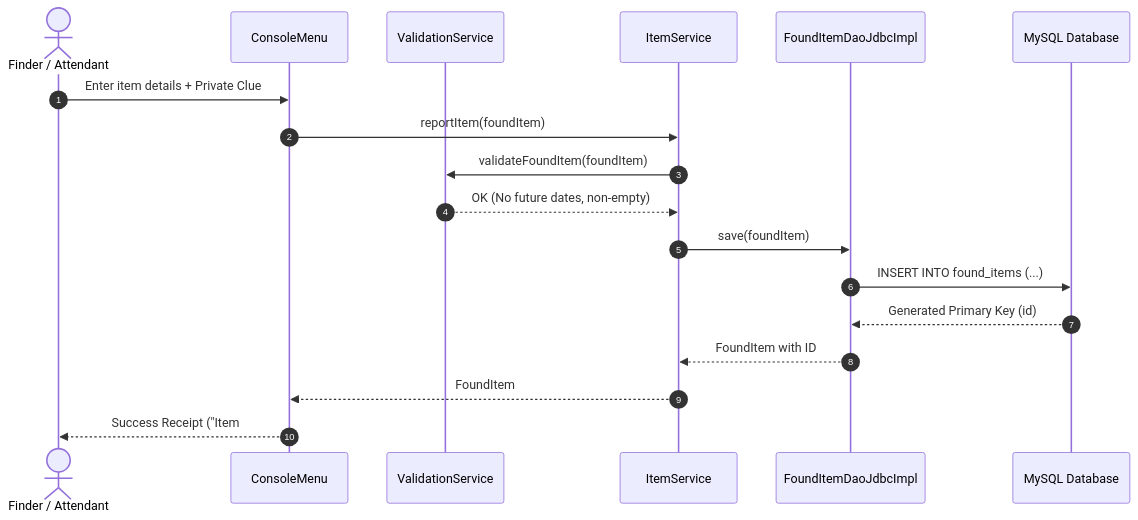
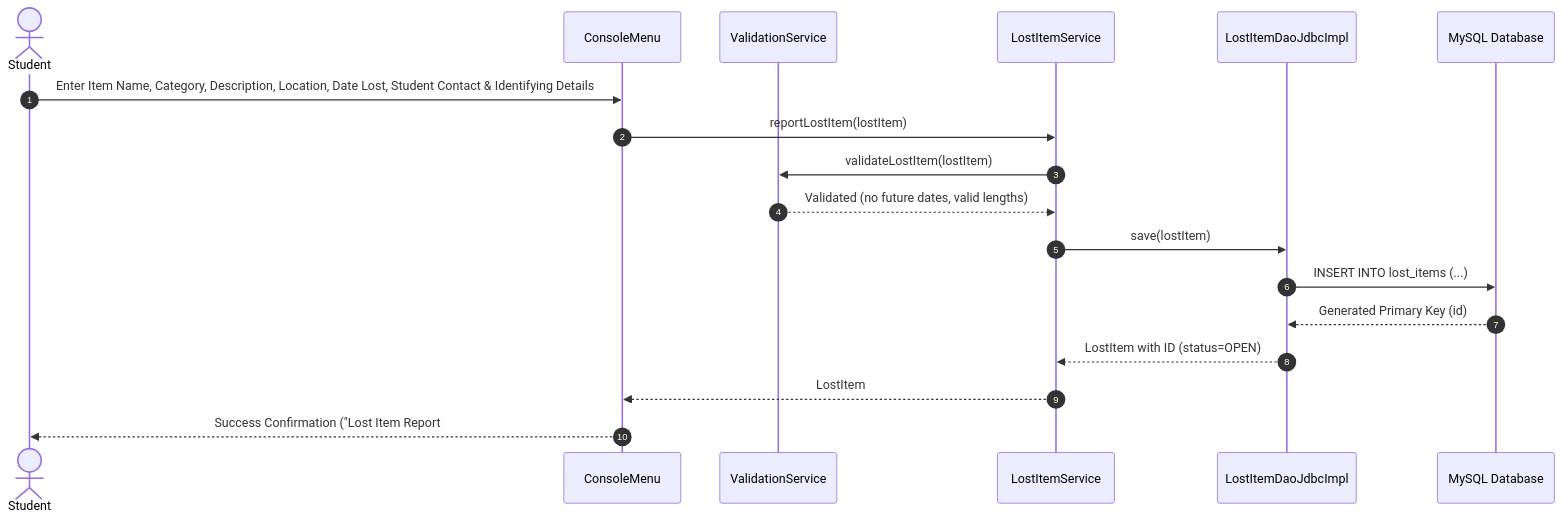
One commit to 789deepa/campusFind changed the first of 3 diagrams in docs/ARCHITECTURE.md. Above: the diagram before and after it, drawn with Mermaid. The commit also changed other lines of this file and 33 other files, not shown here.

Commit message:
Add lost item reporting and matching

````diff
--- a/docs/ARCHITECTURE.md
+++ b/docs/ARCHITECTURE.md
@@ -83,21 +84,21 @@
 ```mermaid
 sequenceDiagram
     autonumber
-    actor User as Finder / Attendant
+    actor Student
     participant UI as ConsoleMenu
     participant Val as ValidationService
-    participant Svc as ItemService
-    participant DAO as FoundItemDaoJdbcImpl
+    participant Svc as LostItemService
+    participant DAO as LostItemDaoJdbcImpl
     participant DB as MySQL Database
 
-    User->>UI: Enter item details + Private Clue
-    UI->>Svc: reportItem(foundItem)
-    Svc->>Val: validateFoundItem(foundItem)
-    Val-->>Svc: OK (No future dates, non-empty)
-    Svc->>DAO: save(foundItem)
-    DAO->>DB: INSERT INTO found_items (...)
+    Student->>UI: Enter Item Name, Category, Description, Location, Date Lost, Student Contact & Identifying Details
+    UI->>Svc: reportLostItem(lostItem)
+    Svc->>Val: validateLostItem(lostItem)
+    Val-->>Svc: Validated (no future dates, valid lengths)
+    Svc->>DAO: save(lostItem)
+    DAO->>DB: INSERT INTO lost_items (...)
     DB-->>DAO: Generated Primary Key (id)
-    DAO-->>Svc: FoundItem with ID
-    Svc-->>UI: FoundItem
-    UI-->>User: Success Receipt ("Item #12 registered")
+    DAO-->>Svc: LostItem with ID (status=OPEN)
+    Svc-->>UI: LostItem
+    UI-->>Student: Success Confirmation ("Lost Item Report #4 registered")
 ```
````
